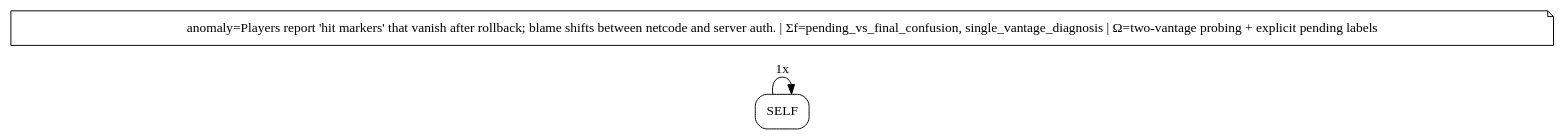
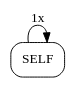
Before and after one commit to EvezArt/evez-os: the diagram in docs/SELF_CARTOGRAPHY.dot, drawn with Graphviz. The commit also changed 12 other files, not shown here.

```diff
--- a/docs/SELF_CARTOGRAPHY.dot
+++ b/docs/SELF_CARTOGRAPHY.dot
@@ -1,6 +1,5 @@
 digraph SELF_CARTOGRAPHY {
   rankdir=LR;
   node [shape=box,style=rounded];
   "SELF" -> "SELF" [label="1x"]; 
-  NOTE [shape=note,label="anomaly=Players report 'hit markers' that vanish after rollback; blame shifts between netcode and server auth. | Σf=pending_vs_final_confusion, single_vantage_diagnosis | Ω=two-vantage probing + explicit pending labels"]; 
 }
```
